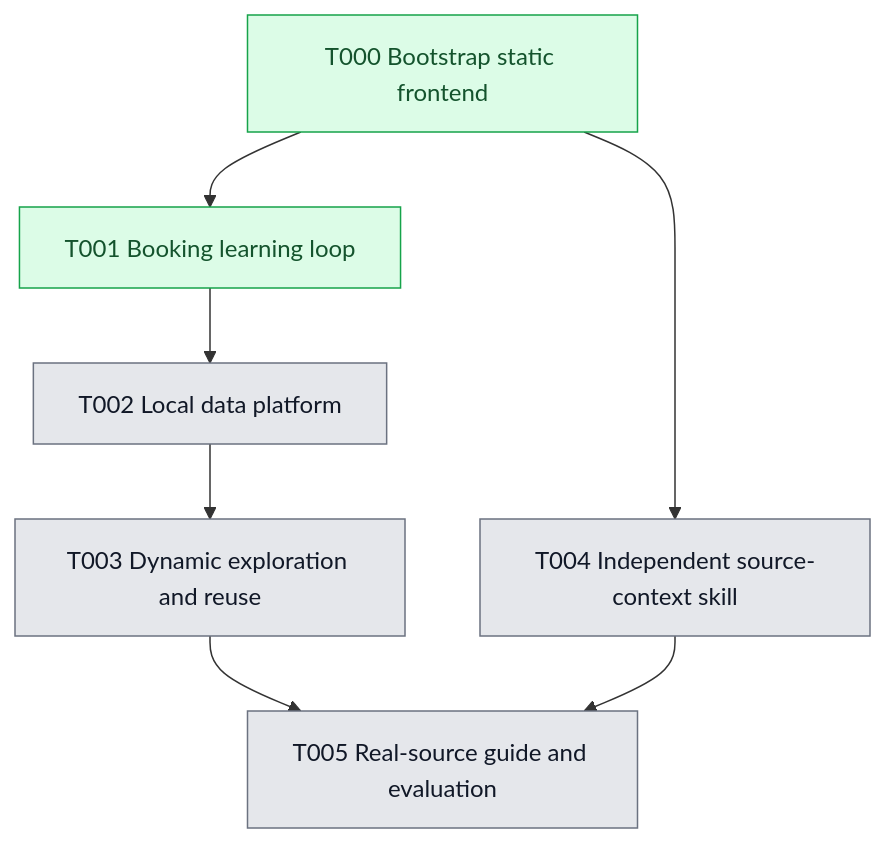
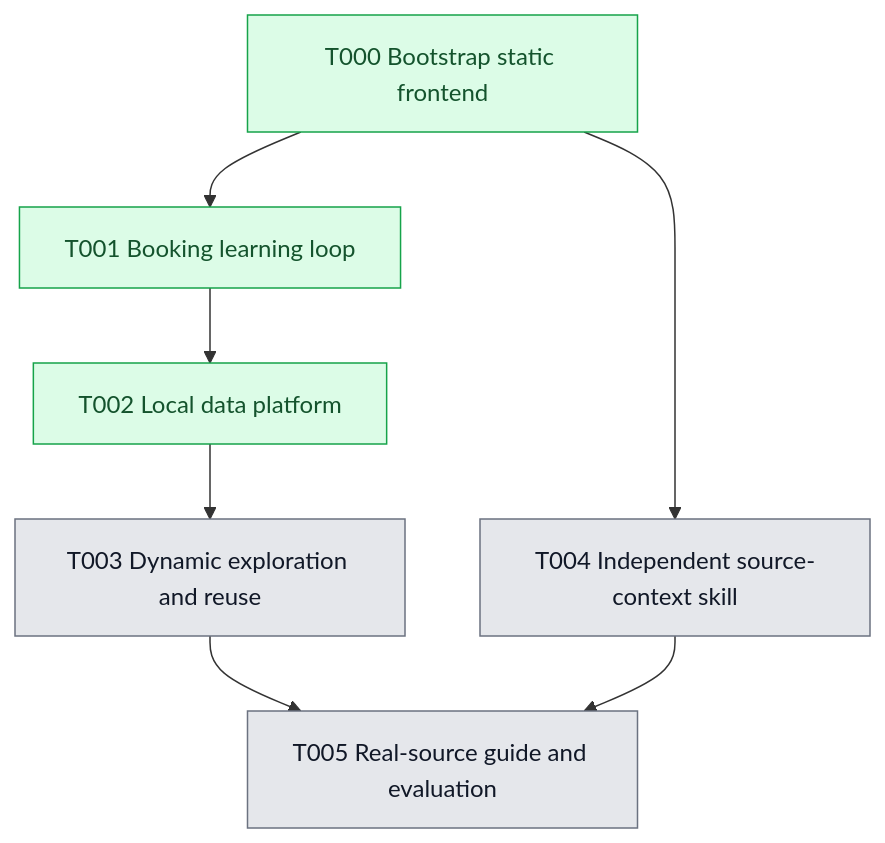
Before and after one commit to 0-sayed/atlas: the diagram in planning/roadmap/dependencies.mmd, drawn with Mermaid. The commit also changed 55 other files, not shown here.

```diff
--- a/planning/roadmap/dependencies.mmd
+++ b/planning/roadmap/dependencies.mmd
@@ -1,20 +1,20 @@
 flowchart TD
   T000["T000 Bootstrap static frontend"]
   T001["T001 Booking learning loop"]
   T002["T002 Local data platform"]
   T003["T003 Dynamic exploration and reuse"]
   T004["T004 Independent source-context skill"]
   T005["T005 Real-source guide and evaluation"]
 
   T000 --> T001
   T001 --> T002
   T002 --> T003
   T000 --> T004
   T003 --> T005
   T004 --> T005
 
   %% Match each node's class to the Done column in tasks.md.
   classDef pending fill:#E5E7EB,stroke:#6B7280,color:#111827
   classDef done fill:#DCFCE7,stroke:#16A34A,color:#14532D
-  class T000,T001 done
-  class T002,T003,T004,T005 pending
+  class T000,T001,T002 done
+  class T003,T004,T005 pending
```
